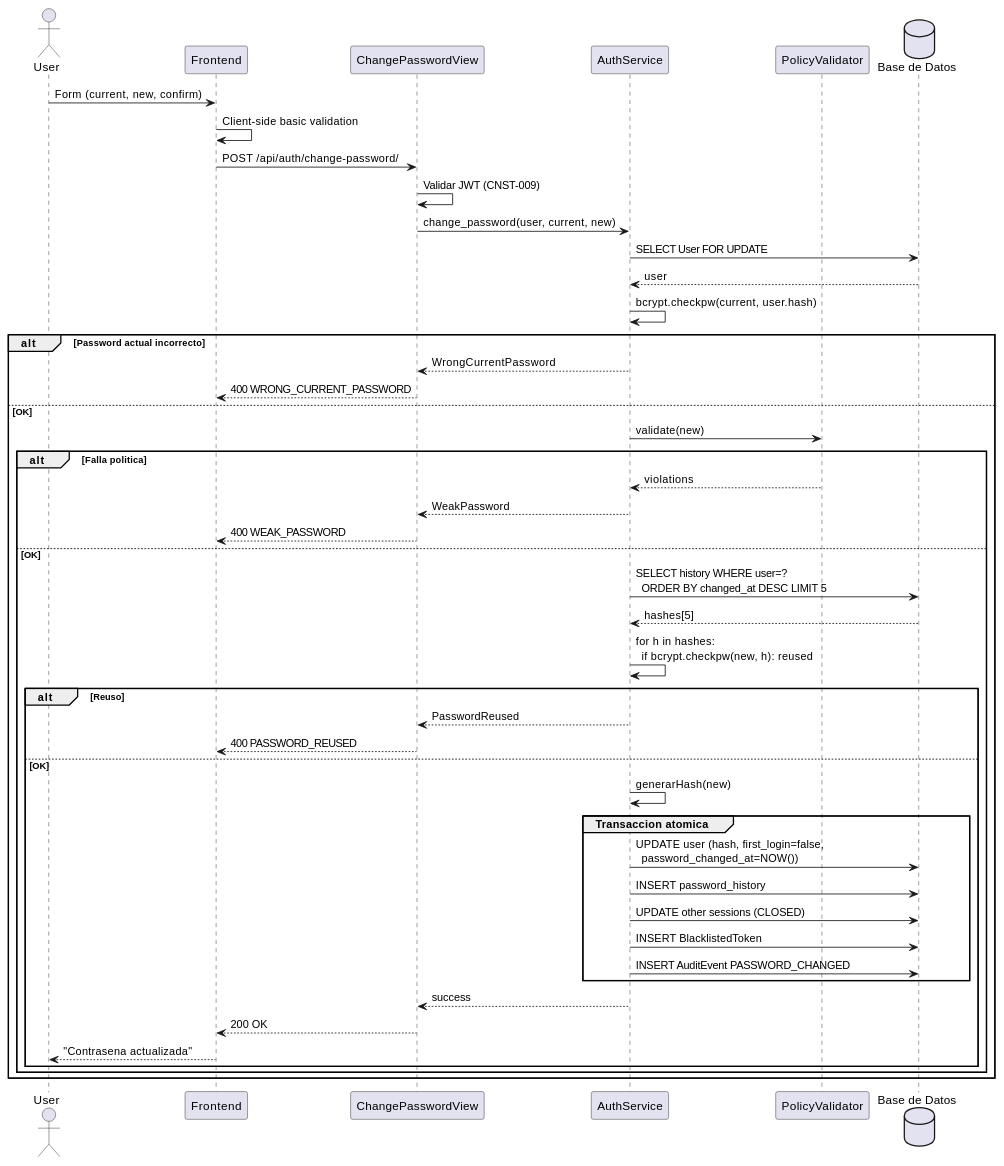
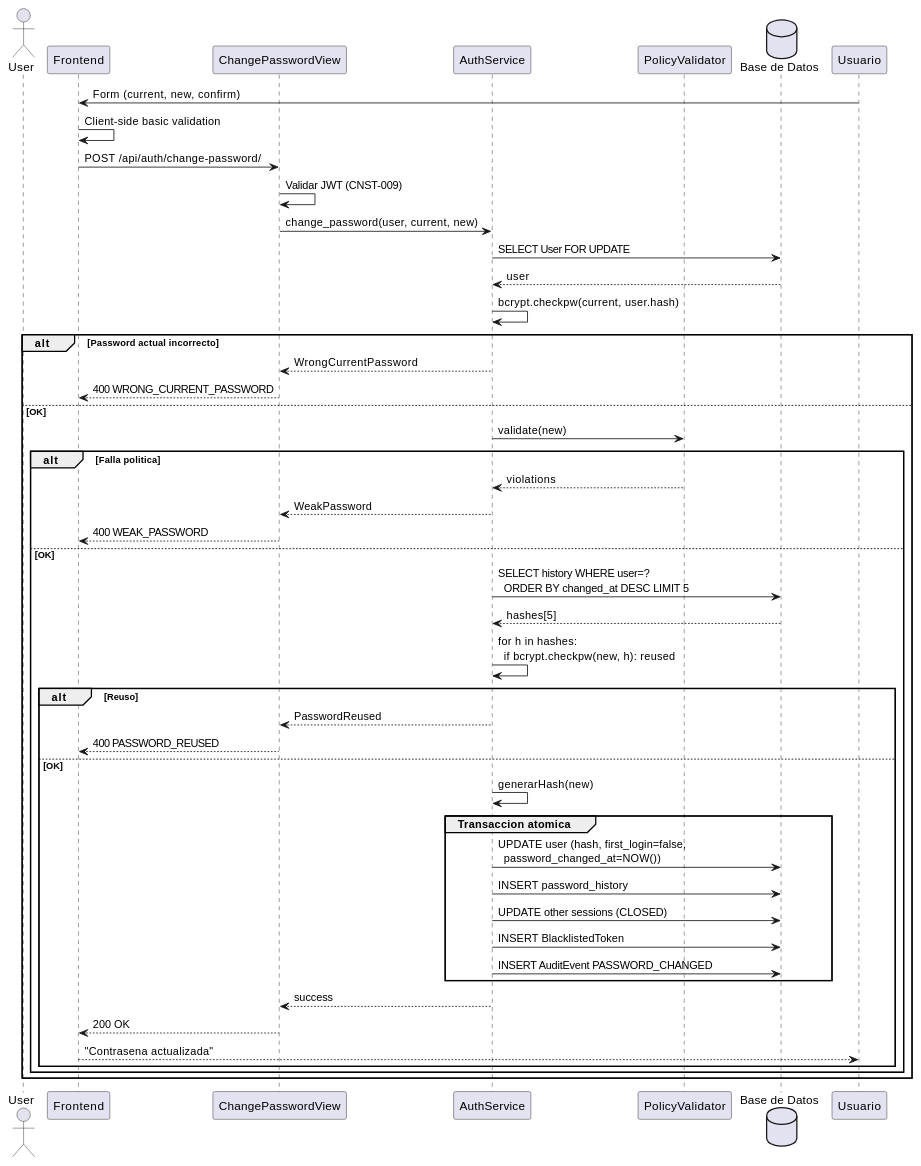
The second of 4 diagrams in source/requisitos/casos-uso/auth/uc-auth-04/diagramas-uml.rst (jcg-admin/IACT-docs), drawn with PlantUML before and after one commit. The commit also changed other lines of this file and 79 other files, not shown here.

First line of the commit message:
Sweep cryptic aliases in UC diagramas-uml files

```diff
--- a/source/requisitos/casos-uso/auth/uc-auth-04/diagramas-uml.rst
+++ b/source/requisitos/casos-uso/auth/uc-auth-04/diagramas-uml.rst
@@ -48,56 +48,56 @@
 .. uml::
  :caption: UC_AUTH_04 — flujo principal
 
  @startuml
 
- actor User as U
- participant "Frontend" as FE
- participant "ChangePasswordView" as CV
- participant "AuthService" as AS
- participant "PolicyValidator" as PV
- database "Base de Datos" as DB
+ actor User as User
+ participant "Frontend" as Frontend
+ participant "ChangePasswordView" as Changepasswordview
+ participant "AuthService" as Authservice
+ participant "PolicyValidator" as Policyvalidator
+ database "Base de Datos" as BaseDeDatos
 
- U -> FE: Form (current, new, confirm)
- FE -> FE: Client-side basic validation
- FE -> CV: POST /api/auth/change-password/
- CV -> CV: Validar JWT (CNST-009)
- CV -> AS: change_password(user, current, new)
+ Usuario -> Frontend: Form (current, new, confirm)
+ Frontend -> Frontend: Client-side basic validation
+ Frontend -> Changepasswordview: POST /api/auth/change-password/
+ Changepasswordview -> Changepasswordview: Validar JWT (CNST-009)
+ Changepasswordview -> Authservice: change_password(user, current, new)
 
- AS -> DB: SELECT User FOR UPDATE
- DB --> AS: user
- AS -> AS: bcrypt.checkpw(current, user.hash)
+ Authservice -> BaseDeDatos: SELECT User FOR UPDATE
+ BaseDeDatos --> Authservice: user
+ Authservice -> Authservice: bcrypt.checkpw(current, user.hash)
  alt Password actual incorrecto
-   AS --> CV: WrongCurrentPassword
-   CV --> FE: 400 WRONG_CURRENT_PASSWORD
+   Authservice --> Changepasswordview: WrongCurrentPassword
+   Changepasswordview --> Frontend: 400 WRONG_CURRENT_PASSWORD
  else OK
-   AS -> PV: validate(new)
+   Authservice -> Policyvalidator: validate(new)
    alt Falla politica
-     PV --> AS: violations
-     AS --> CV: WeakPassword
-     CV --> FE: 400 WEAK_PASSWORD
+     Policyvalidator --> Authservice: violations
+     Authservice --> Changepasswordview: WeakPassword
+     Changepasswordview --> Frontend: 400 WEAK_PASSWORD
    else OK
-     AS -> DB: SELECT history WHERE user=?\n  ORDER BY changed_at DESC LIMIT 5
-     DB --> AS: hashes[5]
-     AS -> AS: for h in hashes:\n  if bcrypt.checkpw(new, h): reused
+     Authservice -> BaseDeDatos: SELECT history WHERE user=?\n  ORDER BY changed_at DESC LIMIT 5
+     BaseDeDatos --> Authservice: hashes[5]
+     Authservice -> Authservice: for h in hashes:\n  if bcrypt.checkpw(new, h): reused
      alt Reuso
-       AS --> CV: PasswordReused
-       CV --> FE: 400 PASSWORD_REUSED
+       Authservice --> Changepasswordview: PasswordReused
+       Changepasswordview --> Frontend: 400 PASSWORD_REUSED
      else OK
-       AS -> AS: generarHash(new)
+       Authservice -> Authservice: generarHash(new)
 
        group Transaccion atomica
-         AS -> DB: UPDATE user (hash, first_login=false,\n  password_changed_at=NOW())
-         AS -> DB: INSERT password_history
-         AS -> DB: UPDATE other sessions (CLOSED)
-         AS -> DB: INSERT BlacklistedToken
-         AS -> DB: INSERT AuditEvent PASSWORD_CHANGED
+         Authservice -> BaseDeDatos: UPDATE user (hash, first_login=false,\n  password_changed_at=NOW())
+         Authservice -> BaseDeDatos: INSERT password_history
+         Authservice -> BaseDeDatos: UPDATE other sessions (CLOSED)
+         Authservice -> BaseDeDatos: INSERT BlacklistedToken
+         Authservice -> BaseDeDatos: INSERT AuditEvent PASSWORD_CHANGED
        end
 
-       AS --> CV: success
-       CV --> FE: 200 OK
-       FE --> U: "Contrasena actualizada"
+       Authservice --> Changepasswordview: success
+       Changepasswordview --> Frontend: 200 OK
+       Frontend --> Usuario: "Contrasena actualizada"
      end
    end
  end
 
  @enduml
```
